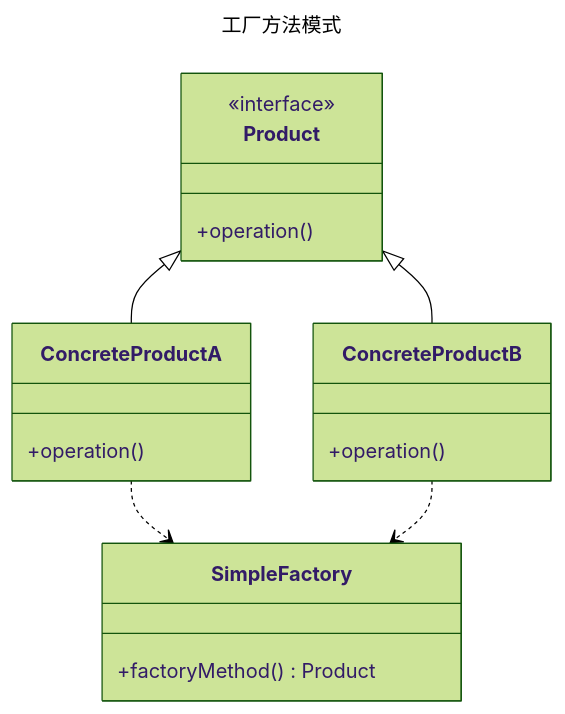
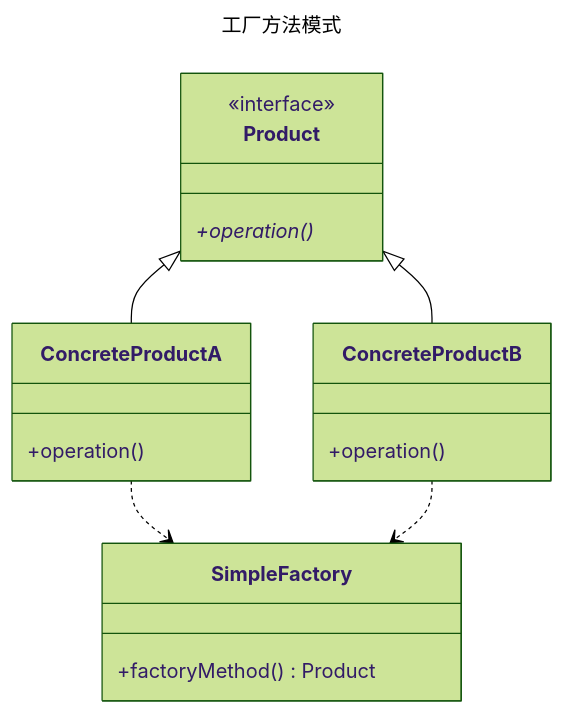
One commit to fengyun89/typescript-design-patterns changed the diagram in simple-factory/README.md. Above: the diagram before and after it, drawn with Mermaid (forest theme). The commit also changed 22 other files, not shown here.

Commit message:
结构型模式类图

````diff
--- a/simple-factory/README.md
+++ b/simple-factory/README.md
@@ -1,23 +1,23 @@
 ```mermaid
 ---
 title: 工厂方法模式
 ---
 classDiagram
     class Product {
         <<interface>>
-        +operation()
+        +operation()*
     }
     class ConcreteProductA {
         +operation()
     }
     class ConcreteProductB {
         +operation()
     }
     class SimpleFactory {
         +factoryMethod() Product
     }
     Product <|-- ConcreteProductA 
     Product <|-- ConcreteProductB 
     ConcreteProductA ..> SimpleFactory 
     ConcreteProductB ..> SimpleFactory 
 ```
````
